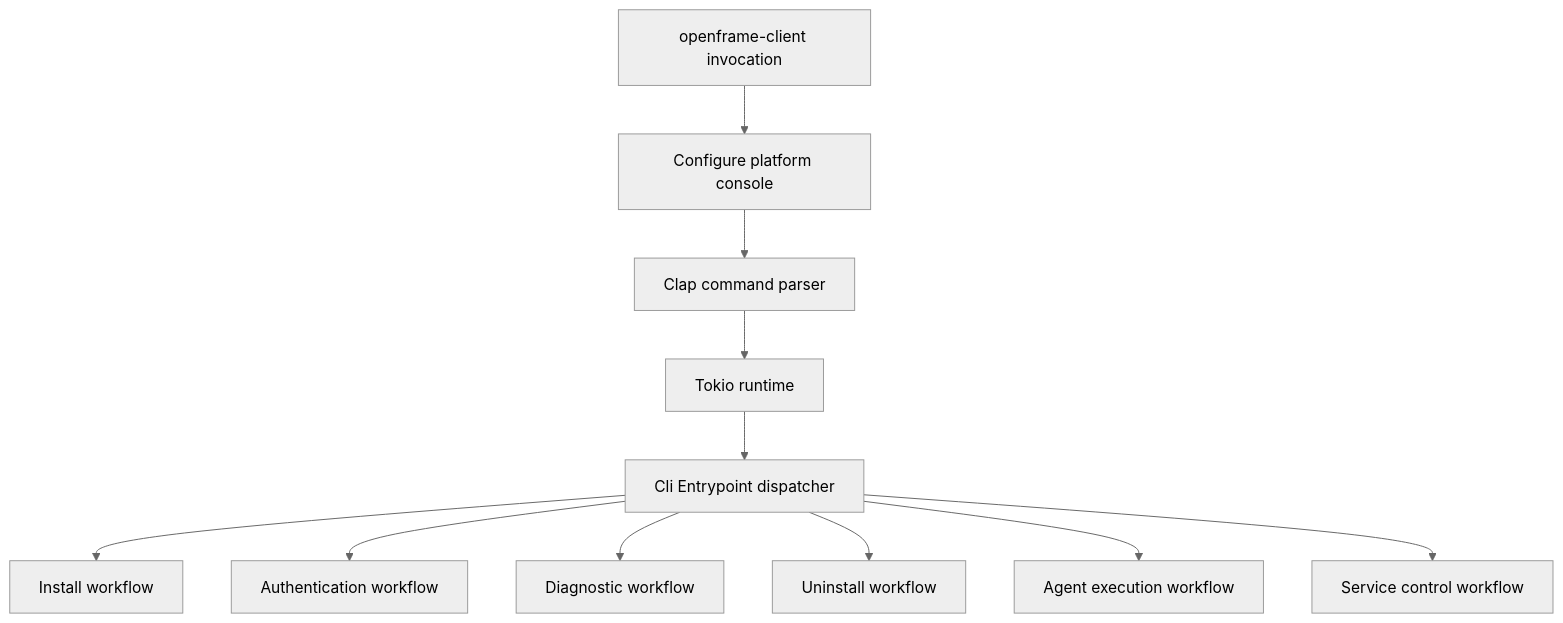
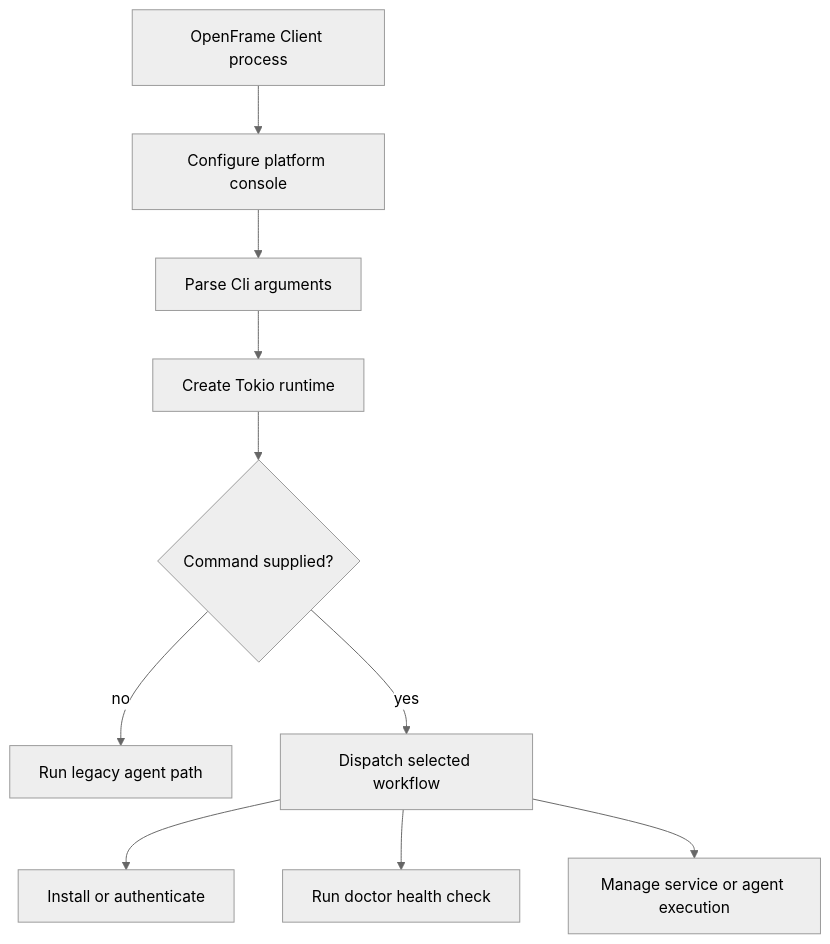
The first of 3 diagrams in docs/reference/architecture/openframe-client-core/cli-entrypoint/cli-entrypoint.md (flamingo-stack/openframe-oss-tenant), drawn with Mermaid (neutral theme) before and after one commit. The commit also changed other lines of this file and 2377 other files, not shown here.

````diff
--- a/docs/reference/architecture/openframe-client-core/cli-entrypoint/cli-entrypoint.md
+++ b/docs/reference/architecture/openframe-client-core/cli-entrypoint/cli-entrypoint.md
@@ -16,13 +22,12 @@
 ```mermaid
 flowchart TD
-    Invocation["openframe-client invocation"] --> Console["Configure platform console"]
-    Console --> Parser["Clap command parser"]
-    Parser --> Runtime["Tokio runtime"]
-    Runtime --> Dispatcher["Cli Entrypoint dispatcher"]
-    Dispatcher --> Install["Install workflow"]
-    Dispatcher --> Auth["Authentication workflow"]
-    Dispatcher --> Doctor["Diagnostic workflow"]
-    Dispatcher --> Uninstall["Uninstall workflow"]
-    Dispatcher --> Agent["Agent execution workflow"]
-    Dispatcher --> Service["Service control workflow"]
+    Process["OpenFrame Client process"] --> Console["Configure platform console"]
+    Console --> Parse["Parse Cli arguments"]
+    Parse --> Runtime["Create Tokio runtime"]
+    Runtime --> Select{"Command supplied?"}
+    Select -->|"no"| Legacy["Run legacy agent path"]
+    Select -->|"yes"| Dispatch["Dispatch selected workflow"]
+    Dispatch --> Install["Install or authenticate"]
+    Dispatch --> Health["Run doctor health check"]
+    Dispatch --> Service["Manage service or agent execution"]
 ```
````
